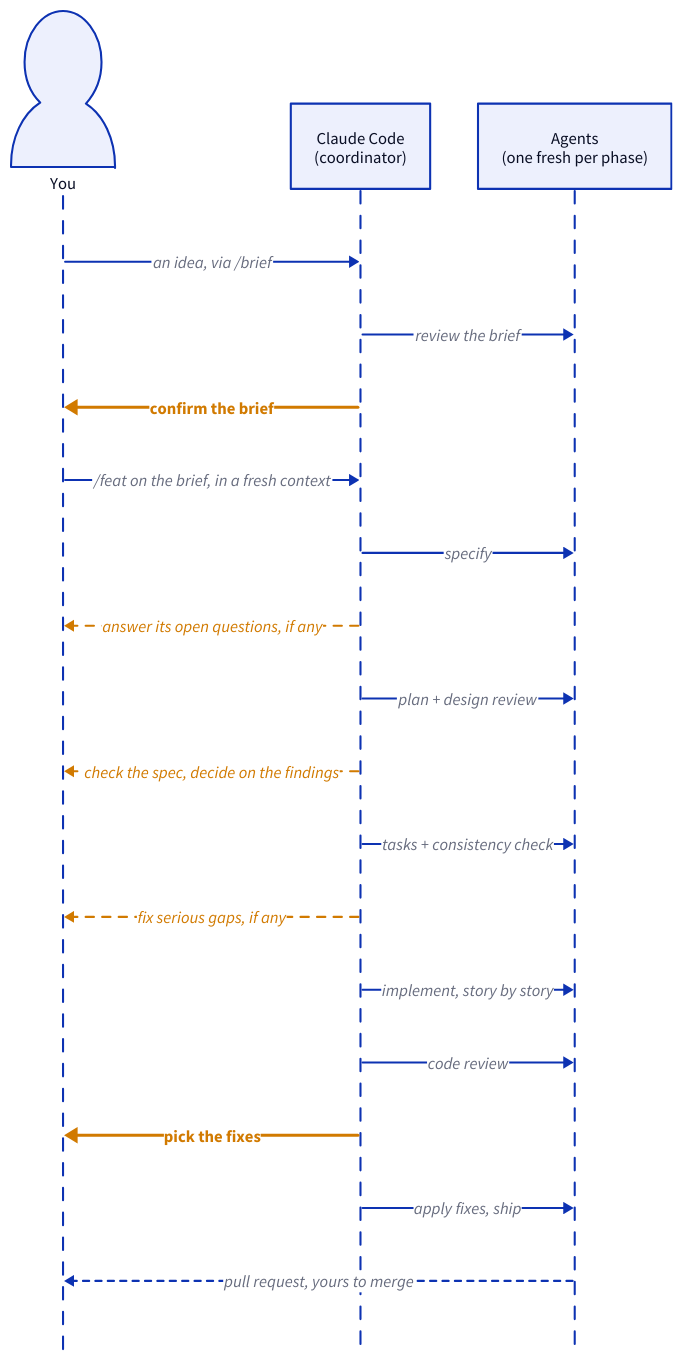
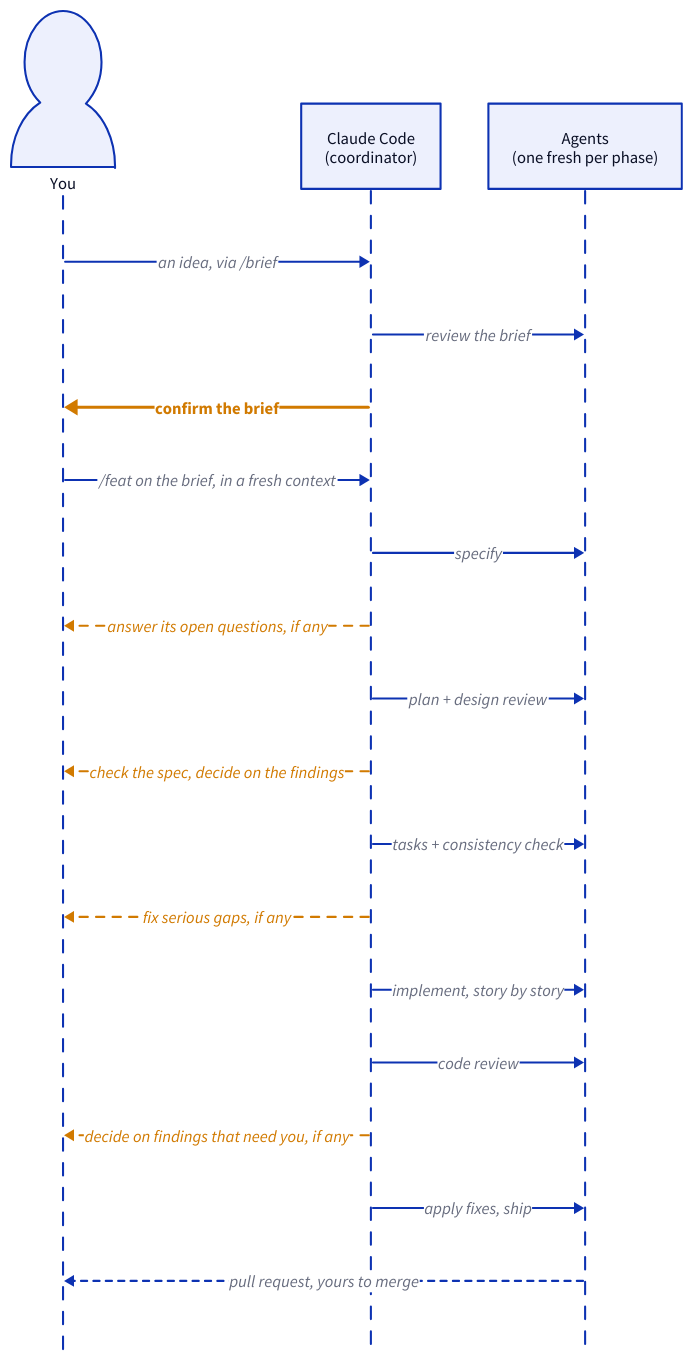
The diagram in docs/diagrams/gates.d2 (pdemagny/feat-agent), drawn with D2 before and after one commit. The commit also changed 13 other files, not shown here.

First line of the commit message:
feat(feat): stop the code review gate only for findings that need you

```diff
--- a/docs/diagrams/gates.d2
+++ b/docs/diagrams/gates.d2
@@ -1,31 +1,31 @@
 # Who does what, and when the run waits for you (small and medium features).
 # Render with `mise run diagrams`; the SVG is docs/img/gates.svg.
 shape: sequence_diagram
 
 classes: {
   # always stops
   gate: {style: {stroke: "#d17a00"; stroke-width: 3; font-color: "#d17a00"; bold: true}}
   # stops only when something needs your call
   maybe: {style: {stroke: "#d17a00"; stroke-width: 2; stroke-dash: 4; font-color: "#d17a00"}}
   back: {style.stroke-dash: 3}
 }
 
 you: You {shape: person}
 cc: Claude Code\n(coordinator)
 agents: Agents\n(one fresh per phase)
 
 you -> cc: an idea, via /brief
 cc -> agents: review the brief
 cc -> you: confirm the brief {class: gate}
 you -> cc: /feat on the brief, in a fresh context
 cc -> agents: specify
 cc -> you: answer its open questions, if any {class: maybe}
 cc -> agents: plan + design review
 cc -> you: check the spec, decide on the findings {class: maybe}
 cc -> agents: tasks + consistency check
 cc -> you: fix serious gaps, if any {class: maybe}
 cc -> agents: implement, story by story
 cc -> agents: code review
-cc -> you: pick the fixes {class: gate}
+cc -> you: decide on findings that need you, if any {class: maybe}
 cc -> agents: apply fixes, ship
 agents -> you: pull request, yours to merge {class: back}
```
